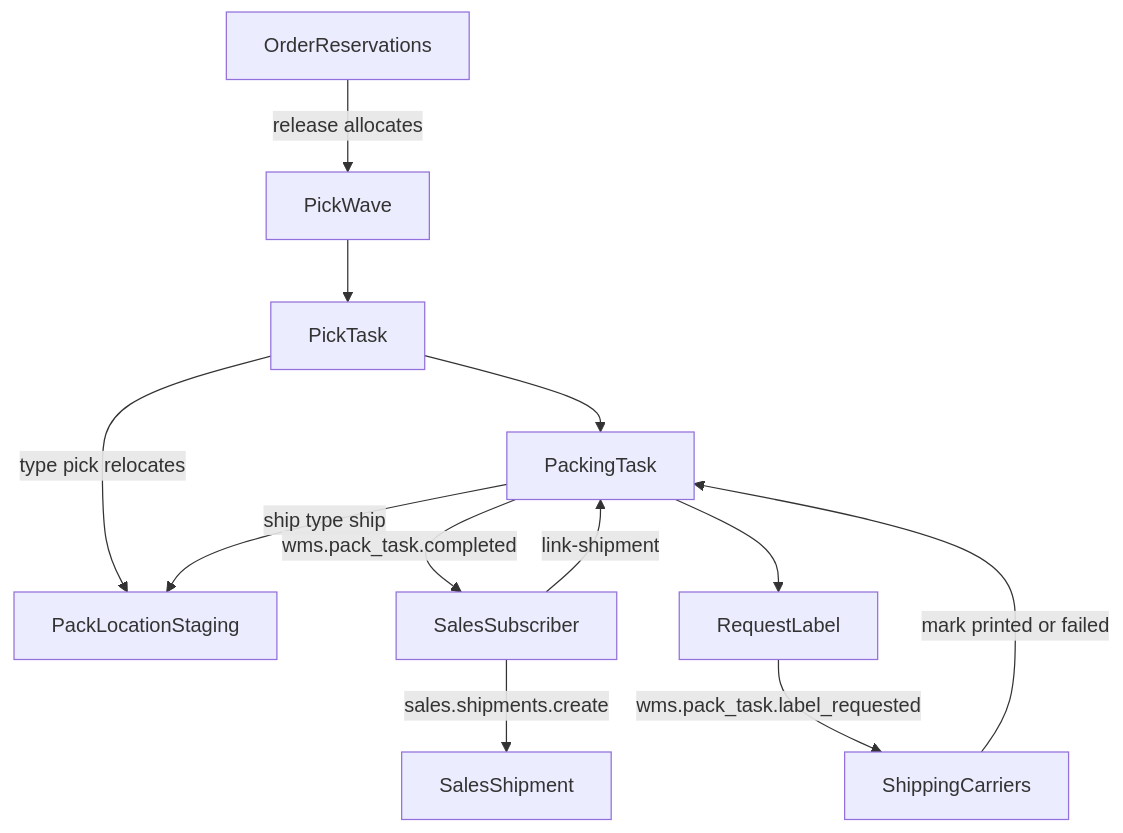
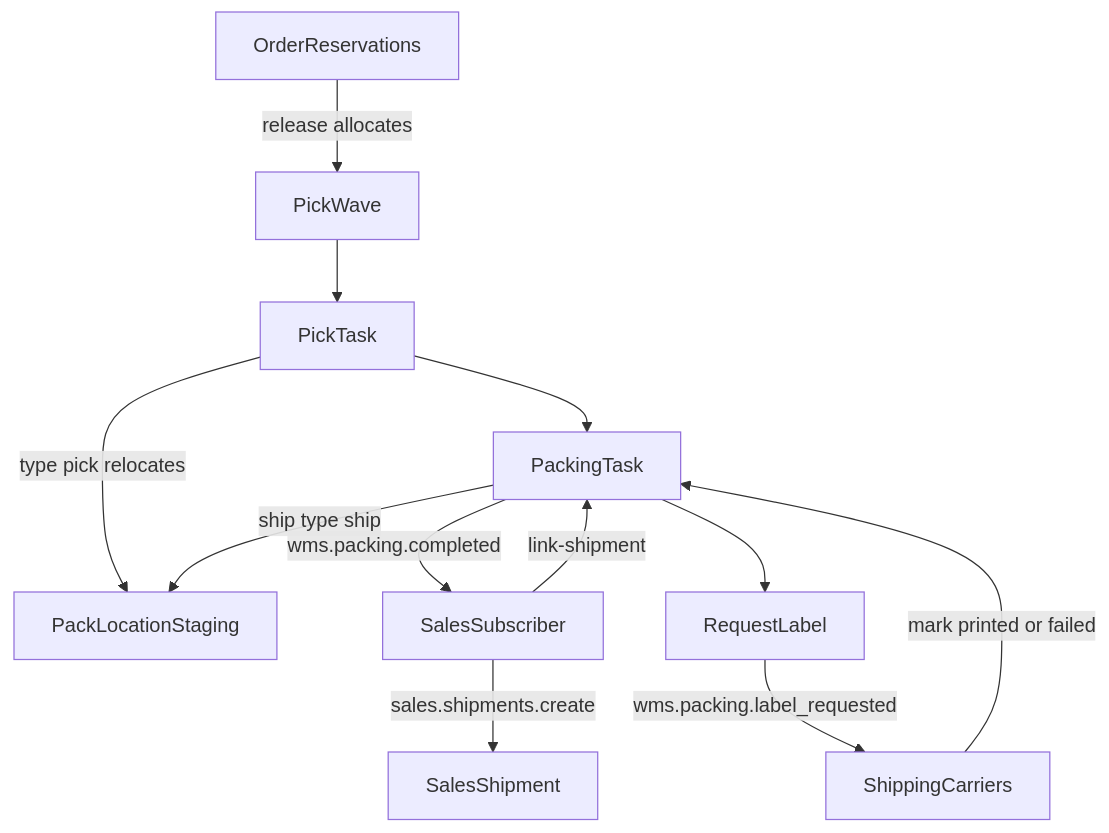
The diagram in .ai/specs/2026-04-15-wms-phase-3-picking-packing.md (open-mercato/open-mercato), drawn with Mermaid before and after one commit. The commit also changed other lines of this file and 1 other file, not shown here.

First line of the commit message:
docs(wms): keep a mis-confirmed pick undoable

````diff
--- a/.ai/specs/2026-04-15-wms-phase-3-picking-packing.md
+++ b/.ai/specs/2026-04-15-wms-phase-3-picking-packing.md
@@ -127,24 +127,24 @@
 ```mermaid
 flowchart TD
     reservations[OrderReservations]
     wave[PickWave]
     pick[PickTask]
     packLoc[PackLocationStaging]
     pack[PackingTask]
     salesSub[SalesSubscriber]
     shipment[SalesShipment]
     labelCmd[RequestLabel]
     carriers[ShippingCarriers]
 
     reservations -->|release allocates| wave
     wave --> pick
     pick -->|type pick relocates| packLoc
     pick --> pack
-    pack -->|wms.pack_task.completed| salesSub
+    pack -->|wms.packing.completed| salesSub
     salesSub -->|sales.shipments.create| shipment
     salesSub -->|link-shipment| pack
     pack -->|ship type ship| packLoc
     pack --> labelCmd
-    labelCmd -->|wms.pack_task.label_requested| carriers
+    labelCmd -->|wms.packing.label_requested| carriers
     carriers -->|mark printed or failed| pack
 ```
````
